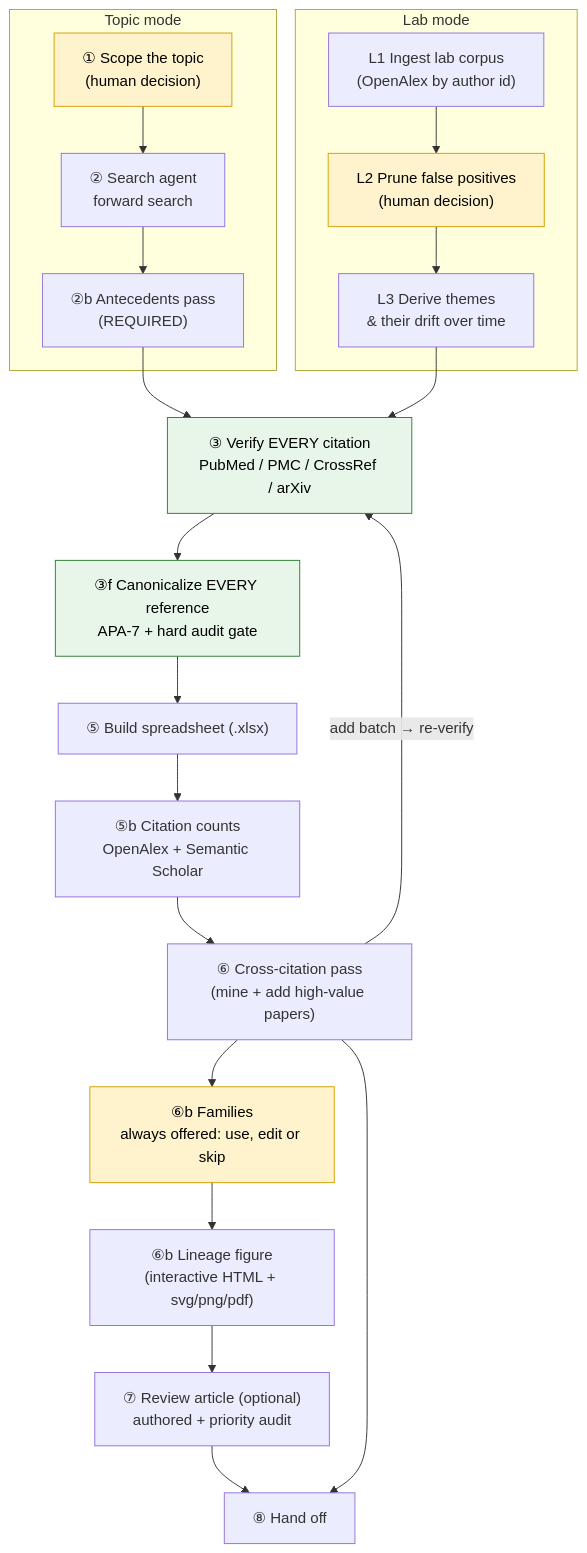
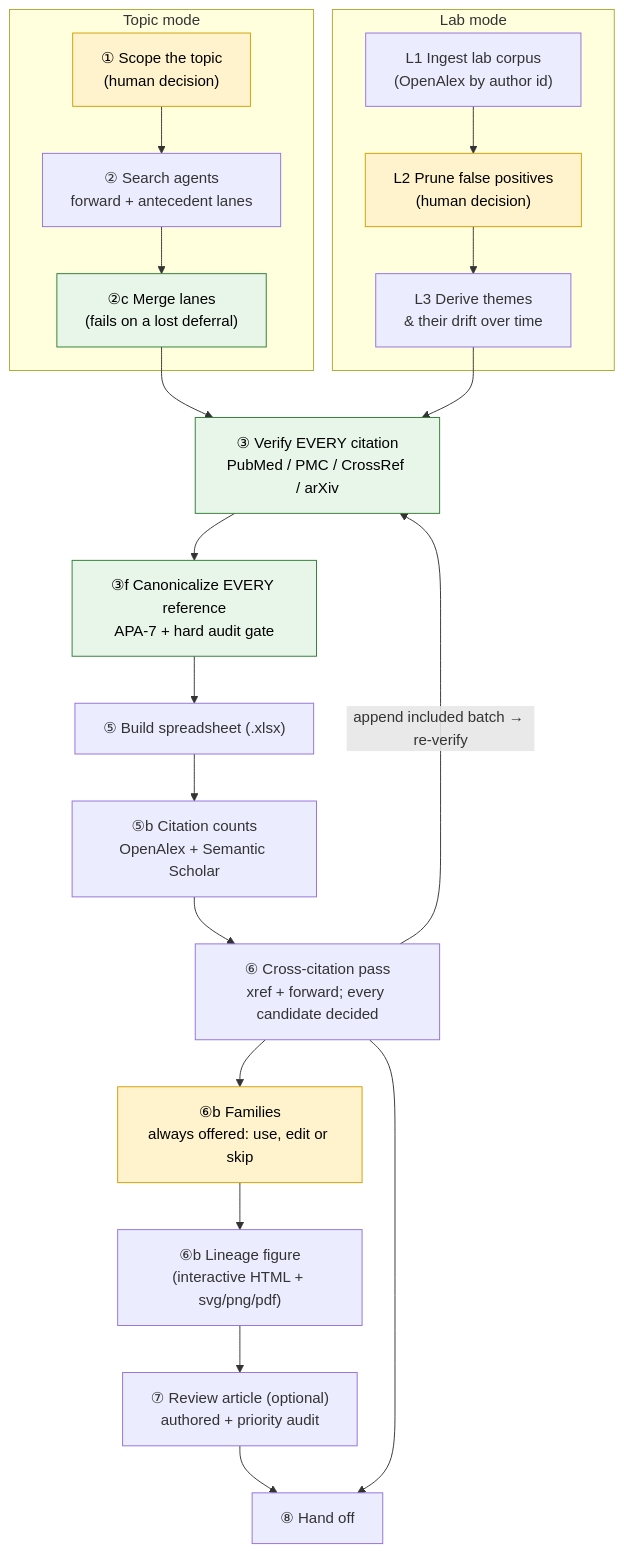
One commit to gallantlab/literature-review-toolkit changed the diagram in docs/manual.md. Above: the diagram before and after it, drawn with Mermaid. The commit also changed other lines of this file and 9 other files, not shown here.

First line of the commit message:
Reference gates, part B: lane merge with deferral check, S2 reference lists, forward citations, candidate ledger

````diff
--- a/docs/manual.md
+++ b/docs/manual.md
@@ -31,39 +31,39 @@
 ```mermaid
 flowchart TD
     subgraph TOPIC["Topic mode"]
       T1["① Scope the topic<br/>(human decision)"]
-      T2["② Search agent<br/>forward search"]
-      T2b["②b Antecedents pass<br/>(REQUIRED)"]
+      T2["② Search agents<br/>forward + antecedent lanes"]
+      T2b["②c Merge lanes<br/>(fails on a lost deferral)"]
       T1 --> T2 --> T2b
     end
 
     subgraph LAB["Lab mode"]
       L1["L1 Ingest lab corpus<br/>(OpenAlex by author id)"]
       L2["L2 Prune false positives<br/>(human decision)"]
       L3["L3 Derive themes<br/>& their drift over time"]
       L1 --> L2 --> L3
     end
 
     T2b --> V
     L3 --> V
 
     V["③ Verify EVERY citation<br/>PubMed / PMC / CrossRef / arXiv"]
     C["③f Canonicalize EVERY reference<br/>APA-7 + hard audit gate"]
     S["⑤ Build spreadsheet (.xlsx)"]
     CC["⑤b Citation counts<br/>OpenAlex + Semantic Scholar"]
-    X["⑥ Cross-citation pass<br/>(mine + add high-value papers)"]
+    X["⑥ Cross-citation pass<br/>xref + forward; every candidate decided"]
     F["⑥b Families<br/>always offered: use, edit or skip"]
     FIG["⑥b Lineage figure<br/>(interactive HTML + svg/png/pdf)"]
     W["⑦ Review article (optional)<br/>authored + priority audit"]
     H["⑧ Hand off"]
 
     V --> C --> S --> CC --> X
-    X -->|"add batch → re-verify"| V
+    X -->|"append included batch → re-verify"| V
     X --> F --> FIG --> W --> H
     X --> H
 
     classDef human fill:#fff3cd,stroke:#d39e00,color:#000;
     classDef gate fill:#e8f5e9,stroke:#2e7d32,color:#000;
     class T1,L2,F human;
-    class V,C gate;
+    class V,C,T2b gate;
 ```
````
